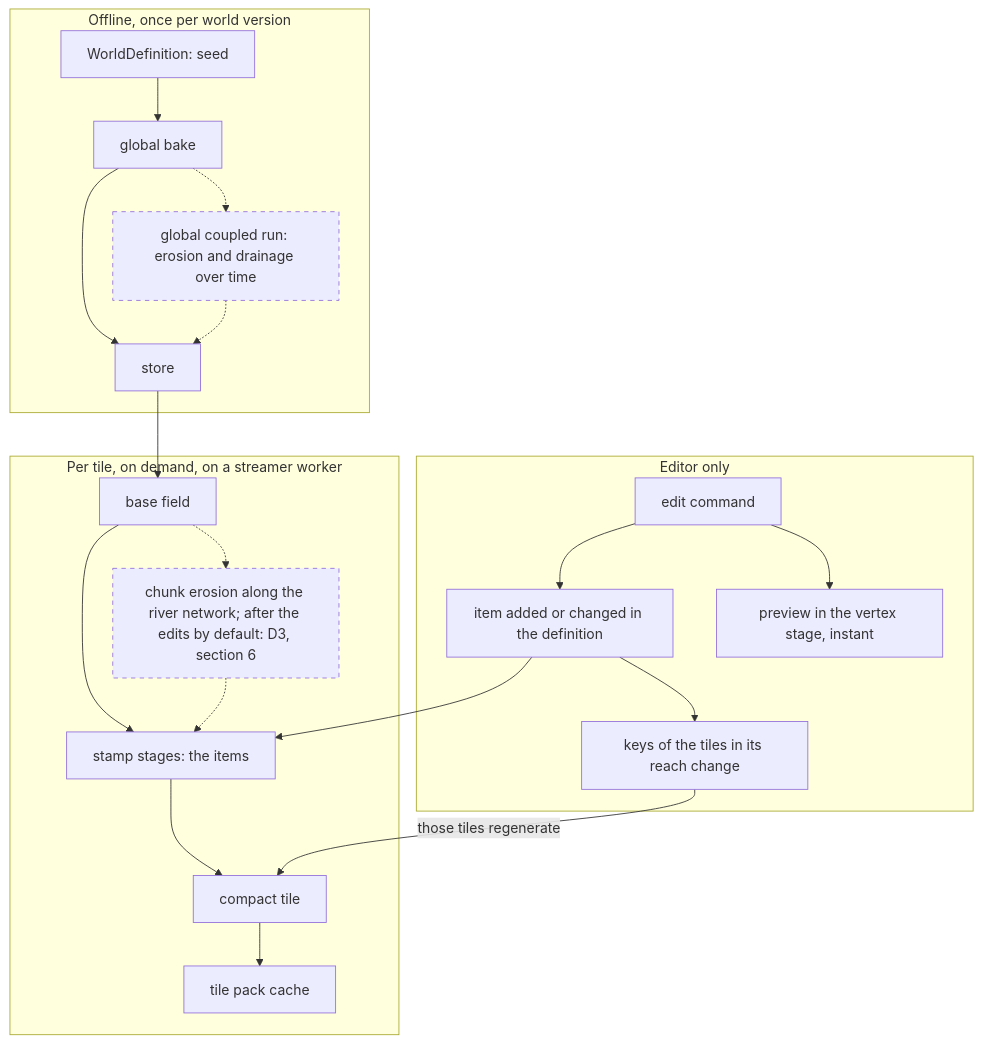
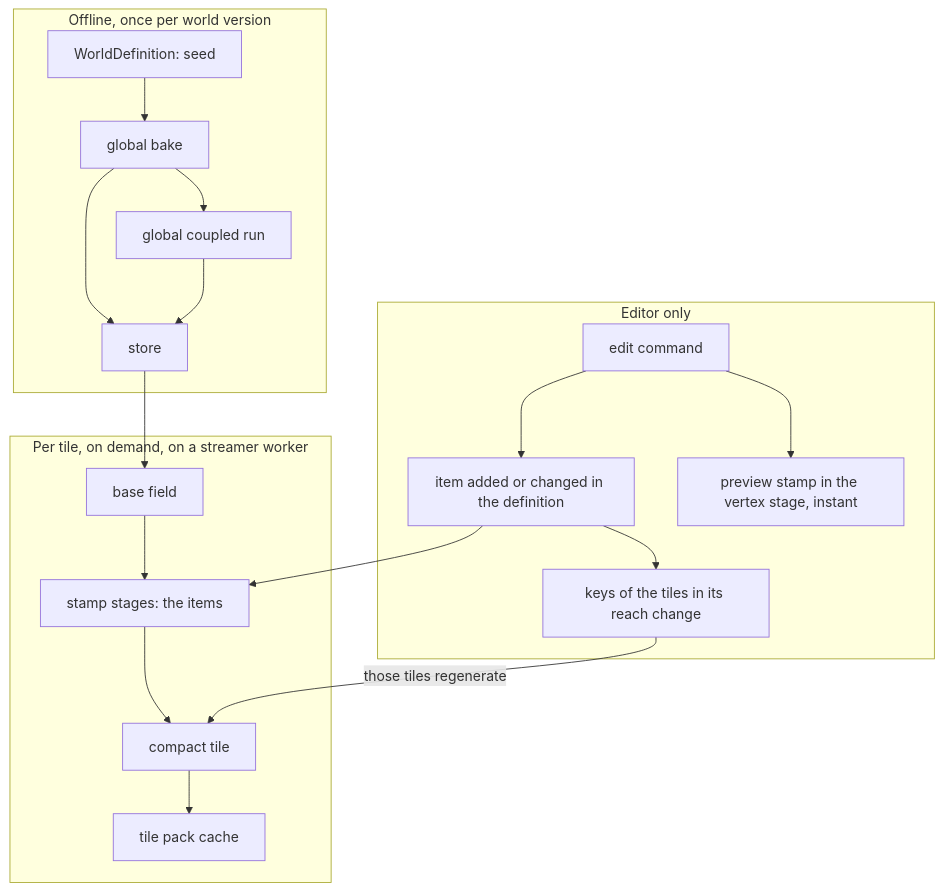
Before and after one commit to mdondorff/Serious-Planet-builder: the second of 3 diagrams in docs/domain.md, drawn with Mermaid. The commit also changed other lines of this file and 1 other file, not shown here.

Commit message:
docs: domain glossary with term status (proposed, accepted, retiring) and non-normative former terms; chunk stage retired from the language (owner, 2026-10-30)

````diff
--- a/docs/domain.md
+++ b/docs/domain.md
@@ -38,25 +42,20 @@
 ```mermaid
 flowchart TB
   subgraph OFF["Offline, once per world version"]
     WD["WorldDefinition: seed"] --> GB["global bake"]
     GB --> ST["store"]
-    GC["global coupled run: erosion and drainage over time"]
-    GB -.-> GC -.-> ST
+    GB --> GC["global coupled run"] --> ST
   end
   subgraph TILE["Per tile, on demand, on a streamer worker"]
     ST --> BF["base field"]
-    BF -.-> P["chunk erosion along the river network; after the edits by default: D3, section 6"]
     BF --> SS["stamp stages: the items"]
-    P -.-> SS
     SS --> CT["compact tile"] --> PK["tile pack cache"]
   end
   subgraph EDIT["Editor only"]
     E["edit command"] --> IT["item added or changed in the definition"]
     IT --> KEY["keys of the tiles in its reach change"]
-    E --> PV["preview in the vertex stage, instant"]
+    E --> PV["preview stamp in the vertex stage, instant"]
   end
   IT --> SS
   KEY -->|those tiles regenerate| CT
-  classDef planned stroke-dasharray: 5 5
-  class GC,P planned
 ```
````
